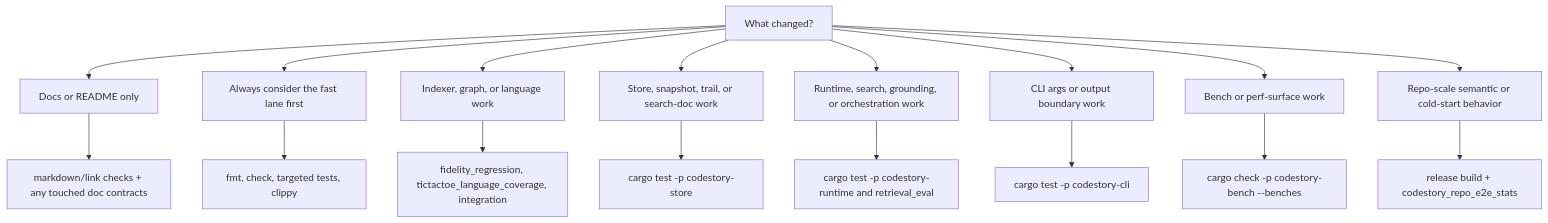
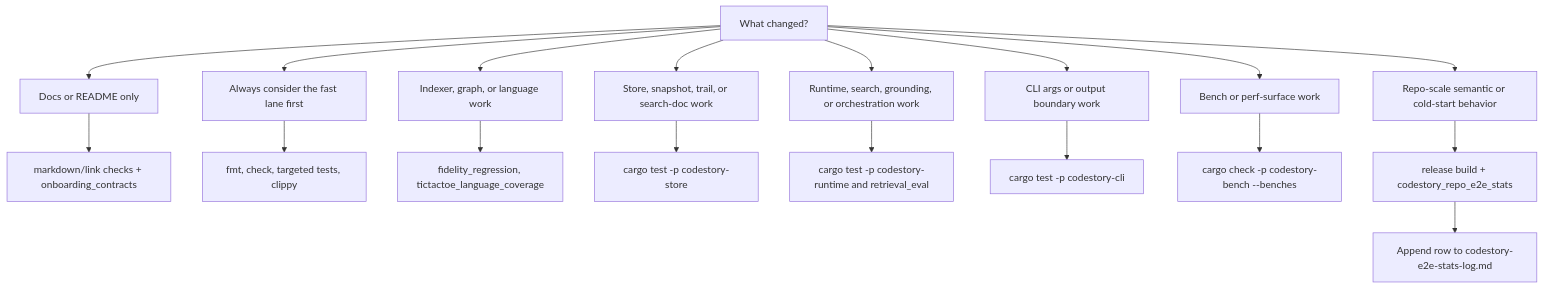
One commit to TheGreenCedar/CodeStory changed the diagram in docs/contributors/testing-matrix.md. Above: the diagram before and after it, drawn with Mermaid. The commit also changed 15 other files, not shown here.

First line of the commit message:
add mermaid diagrams across docs for visual onboarding

````diff
--- a/docs/contributors/testing-matrix.md
+++ b/docs/contributors/testing-matrix.md
@@ -7,19 +7,20 @@
 ```mermaid
 flowchart TD
     change["What changed?"] --> docs["Docs or README only"]
-    change["What changed?"] --> always["Always consider the fast lane first"]
+    change --> always["Always consider the fast lane first"]
     change --> indexer["Indexer, graph, or language work"]
     change --> store["Store, snapshot, trail, or search-doc work"]
     change --> runtime["Runtime, search, grounding, or orchestration work"]
     change --> cli["CLI args or output boundary work"]
     change --> bench["Bench or perf-surface work"]
     change --> e2e["Repo-scale semantic or cold-start behavior"]
-    docs --> docs_checks["markdown/link checks + any touched doc contracts"]
+    docs --> docs_checks["markdown/link checks + onboarding_contracts"]
     always --> workspace["fmt, check, targeted tests, clippy"]
-    indexer --> fidelity["fidelity_regression, tictactoe_language_coverage, integration"]
+    indexer --> fidelity["fidelity_regression, tictactoe_language_coverage"]
     store --> store_tests["cargo test -p codestory-store"]
     runtime --> runtime_tests["cargo test -p codestory-runtime and retrieval_eval"]
     cli --> cli_tests["cargo test -p codestory-cli"]
     bench --> bench_checks["cargo check -p codestory-bench --benches"]
     e2e --> e2e_stats["release build + codestory_repo_e2e_stats"]
+    e2e_stats --> statsLog["Append row to codestory-e2e-stats-log.md"]
 ```
````
